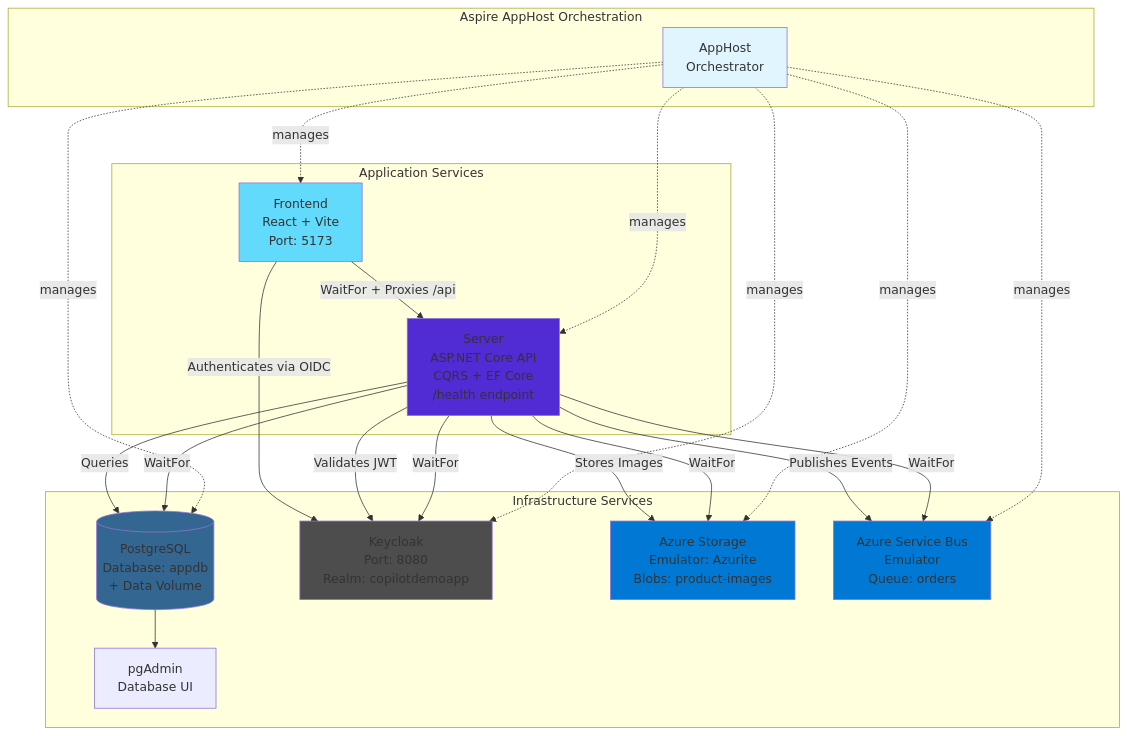
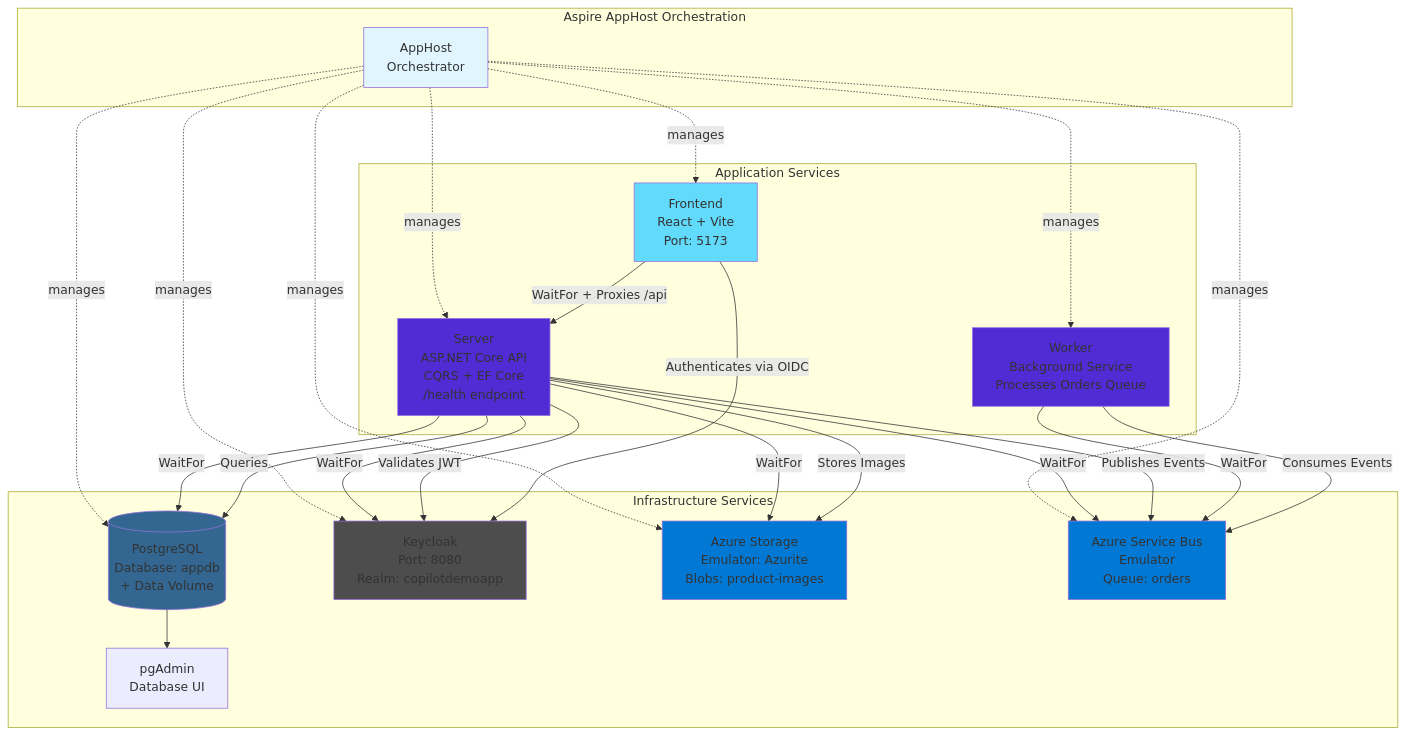
The diagram in README.md (ChrisDusyk/AspireStoreDemo), drawn with Mermaid before and after one commit. The commit also changed other lines of this file and 20 other files, not shown here.

````diff
--- a/README.md
+++ b/README.md
@@ -9,46 +9,51 @@
 ```mermaid
 graph TB
     subgraph "Aspire AppHost Orchestration"
         AppHost[AppHost<br/>Orchestrator]
     end
 
     subgraph "Infrastructure Services"
         PG[(PostgreSQL<br/>Database: appdb<br/>+ Data Volume)]
         KC[Keycloak<br/>Port: 8080<br/>Realm: copilotdemoapp]
         PGA[pgAdmin<br/>Database UI]
         AZ[Azure Storage<br/>Emulator: Azurite<br/>Blobs: product-images]
         SB[Azure Service Bus<br/>Emulator<br/>Queue: orders]
     end
 
     subgraph "Application Services"
         API[Server<br/>ASP.NET Core API<br/>CQRS + EF Core<br/>/health endpoint]
+        WK[Worker<br/>Background Service<br/>Processes Orders Queue]
         FE[Frontend<br/>React + Vite<br/>Port: 5173]
     end
 
     AppHost -.manages.-> PG
     AppHost -.manages.-> KC
     AppHost -.manages.-> AZ
     AppHost -.manages.-> SB
     AppHost -.manages.-> API
+    AppHost -.manages.-> WK
     AppHost -.manages.-> FE
 
     PG --> PGA
     API -->|WaitFor| PG
     API -->|WaitFor| KC
     API -->|WaitFor| AZ
     API -->|WaitFor| SB
     API -->|Validates JWT| KC
     API -->|Stores Images| AZ
     API -->|Publishes Events| SB
+    WK -->|WaitFor| SB
+    WK -->|Consumes Events| SB
     FE -->|WaitFor + Proxies /api| API
     FE -->|Authenticates via OIDC| KC
     API -->|Queries| PG
 
     style AppHost fill:#e1f5ff
     style PG fill:#336791
     style KC fill:#4d4d4d
     style AZ fill:#0078d4
     style SB fill:#0078d4
     style API fill:#512bd4
+    style WK fill:#512bd4
     style FE fill:#61dafb
 ```
````
